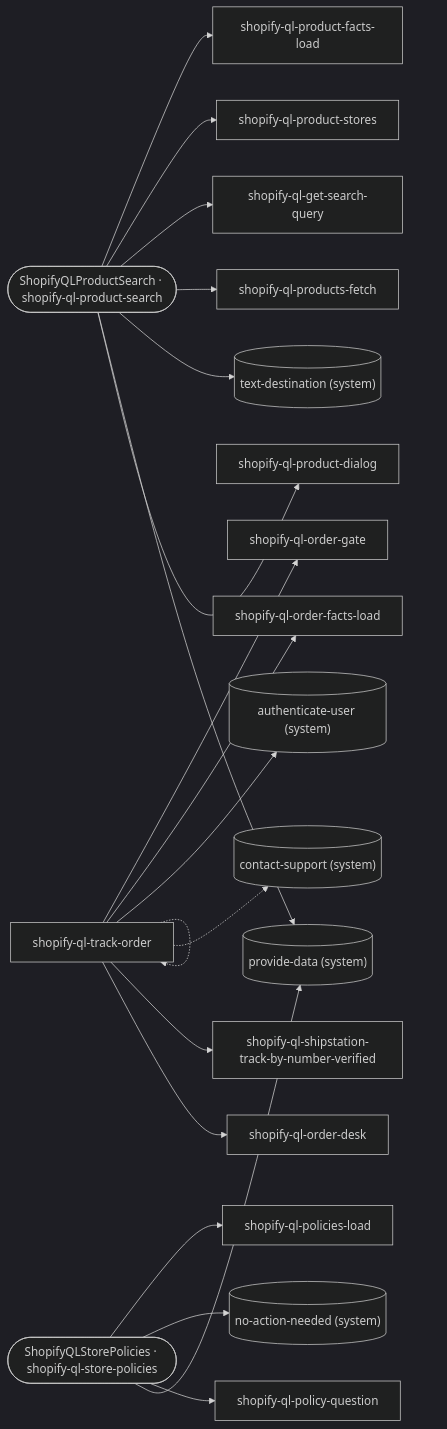
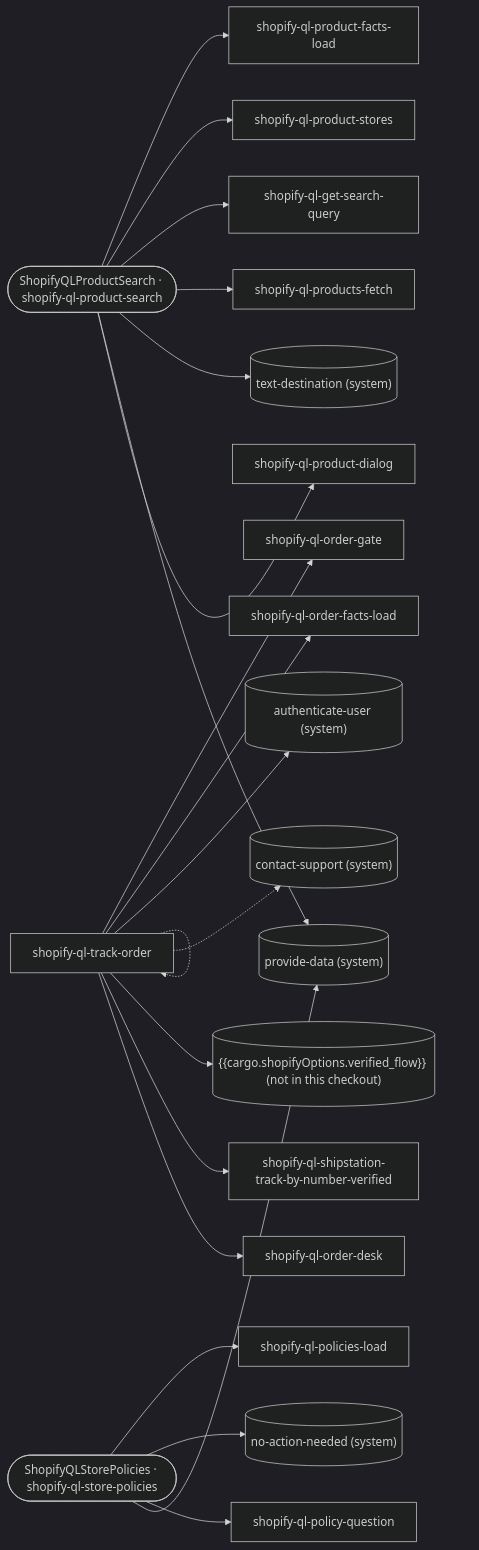
The diagram in docs/flows/shopify/README.md (ronpinkas/jsfe), drawn with Mermaid (dark theme) before and after one commit. The commit also changed 10 other files, not shown here.

Commit message:
jsfe flows: reference copy of the prod shared sets from AIDevelopment cab71fe

````diff
--- a/docs/flows/shopify/README.md
+++ b/docs/flows/shopify/README.md
@@ -6,24 +6,25 @@
 ```mermaid
 flowchart LR
    shopify_ql_product_search(["ShopifyQLProductSearch · shopify-ql-product-search"])
    shopify_ql_product_search --> shopify_ql_product_facts_load["shopify-ql-product-facts-load"]
    shopify_ql_product_search --> shopify_ql_product_stores["shopify-ql-product-stores"]
    shopify_ql_product_search --> shopify_ql_get_search_query["shopify-ql-get-search-query"]
    shopify_ql_product_search --> shopify_ql_products_fetch["shopify-ql-products-fetch"]
    shopify_ql_product_search --> x_text_destination[("text-destination (system)")]
    shopify_ql_product_search --> x_provide_data[("provide-data (system)")]
    shopify_ql_product_search --> shopify_ql_product_dialog["shopify-ql-product-dialog"]
    shopify_ql_track_order(["ShopifyQLTrackOrder · shopify-ql-track-order"])
    shopify_ql_track_order --> shopify_ql_order_gate["shopify-ql-order-gate"]
    shopify_ql_track_order --> shopify_ql_order_facts_load["shopify-ql-order-facts-load"]
    shopify_ql_track_order --> x_authenticate_user[("authenticate-user (system)")]
    shopify_ql_track_order -.-> shopify_ql_track_order["shopify-ql-track-order"]
    shopify_ql_track_order -.-> x_contact_support[("contact-support (system)")]
+   shopify_ql_track_order --> x__cargo_shopifyOptions_verified_flow_[("#123;#123;cargo.shopifyOptions.verified_flow#125;#125; (not in this checkout)")]
    shopify_ql_track_order --> shopify_ql_shipstation_track_by_number_verified["shopify-ql-shipstation-track-by-number-verified"]
    shopify_ql_track_order --> shopify_ql_order_desk["shopify-ql-order-desk"]
    shopify_ql_store_policies(["ShopifyQLStorePolicies · shopify-ql-store-policies"])
    shopify_ql_store_policies --> shopify_ql_policies_load["shopify-ql-policies-load"]
    shopify_ql_store_policies --> x_no_action_needed[("no-action-needed (system)")]
    shopify_ql_store_policies --> shopify_ql_policy_question["shopify-ql-policy-question"]
    shopify_ql_store_policies --> x_provide_data[("provide-data (system)")]
 ```
````
